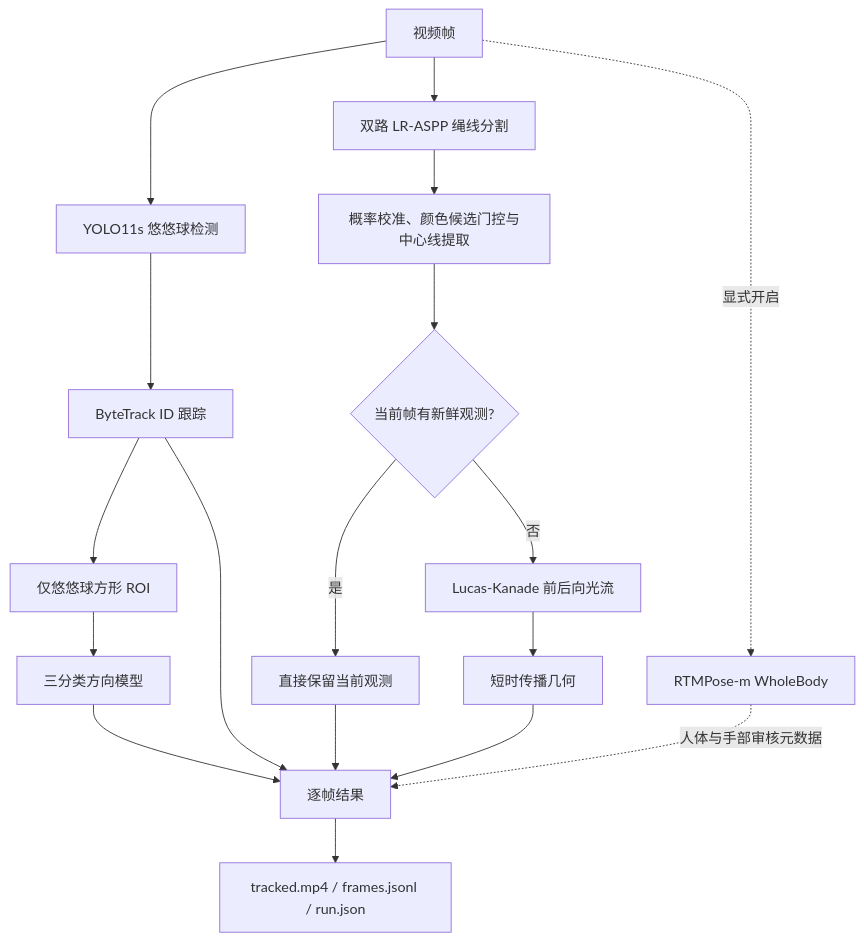
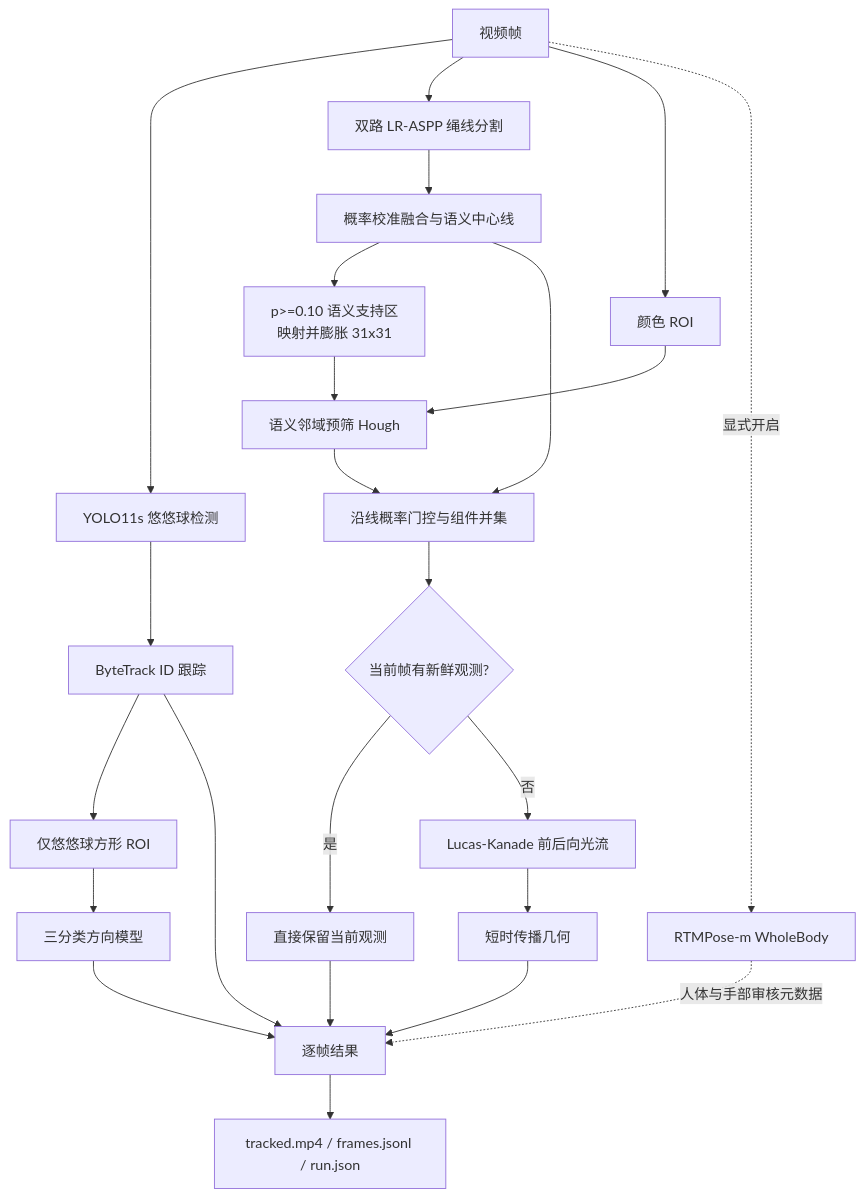
One commit to EvannZhongg/YoYo-Model changed the sixth of 6 diagrams in reports/architecture_pipeline.md. Above: the diagram before and after it, drawn with Mermaid. The commit also changed other lines of this file and 10 other files, not shown here.

````diff
--- a/reports/architecture_pipeline.md
+++ b/reports/architecture_pipeline.md
@@ -185,24 +185,30 @@
 ```mermaid
 flowchart TD
     A[视频帧] --> B[YOLO11s 悠悠球检测]
     B --> C[ByteTrack ID 跟踪]
 
     A --> D[双路 LR-ASPP 绳线分割]
-    D --> E[概率校准、颜色候选门控与中心线提取]
-    E --> Q{当前帧有新鲜观测?}
+    D --> E[概率校准融合与语义中心线]
+    A --> L[颜色 ROI]
+    E --> M[p&gt;=0.10 语义支持区<br/>映射并膨胀 31x31]
+    L --> N[语义邻域预筛 Hough]
+    M --> N
+    N --> O[沿线概率门控与组件并集]
+    E --> O
+    O --> Q{当前帧有新鲜观测?}
     Q -->|是| F[直接保留当前观测]
     Q -->|否| R[Lucas-Kanade 前后向光流]
     R --> P[短时传播几何]
 
     C --> G[仅悠悠球方形 ROI]
     G --> H[三分类方向模型]
 
     A -. 显式开启 .-> I[RTMPose-m WholeBody]
     I -. 人体与手部审核元数据 .-> J
 
     C --> J[逐帧结果]
     F --> J
     P --> J
     H --> J
     J --> K[tracked.mp4 / frames.jsonl / run.json]
 ```
````
